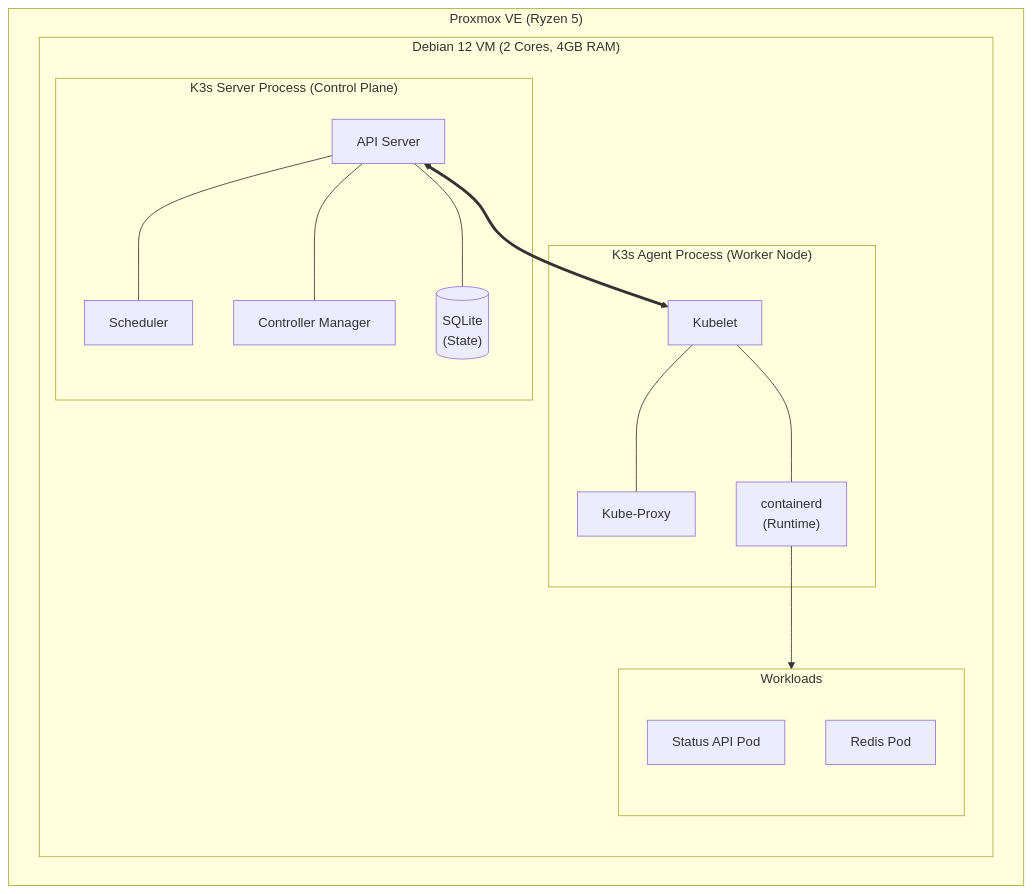
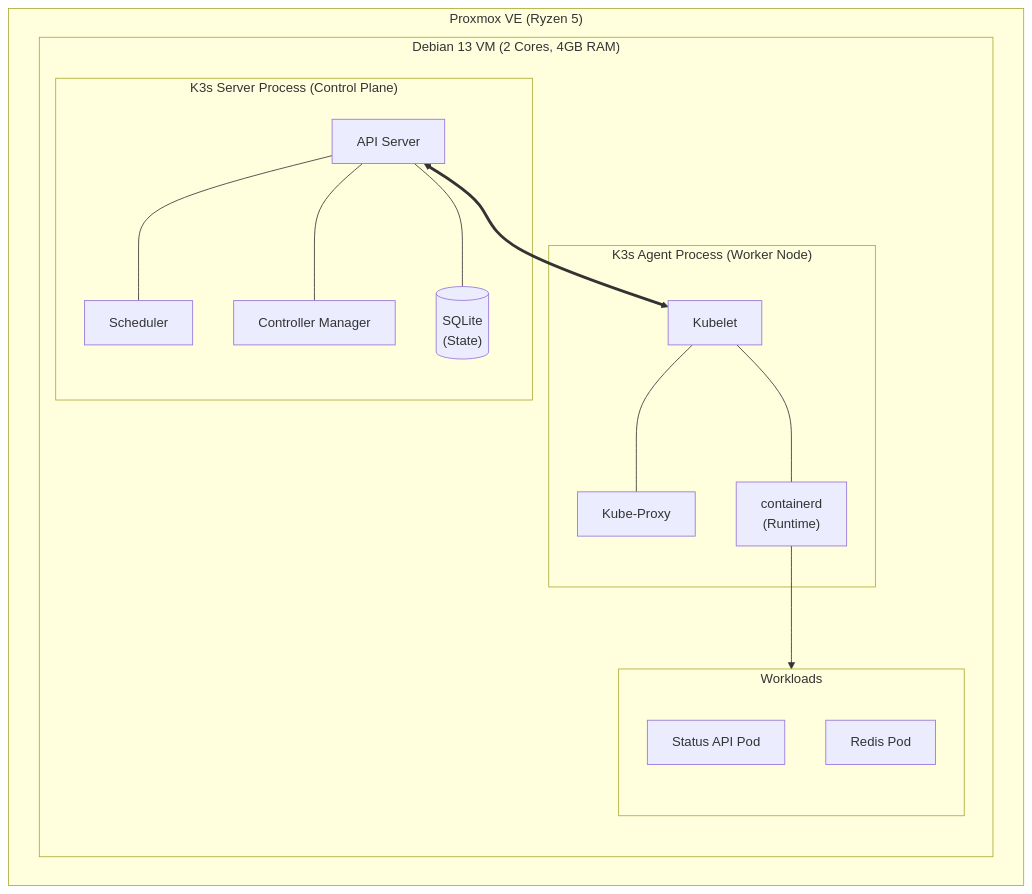
One commit to Upwind1647/infrastructure-lab changed the diagram in docs/phase5/k3s-architecture.md. Above: the diagram before and after it, drawn with Mermaid. The commit also changed 4 other files, not shown here.

Commit message:
docs: update diagrams and comments regarding AWS EKS & debian 13

````diff
--- a/docs/phase5/k3s-architecture.md
+++ b/docs/phase5/k3s-architecture.md
@@ -18,36 +18,36 @@
 ```mermaid
 graph TD
     subgraph Proxmox Host ["Proxmox VE (Ryzen 5)"]
-        subgraph K3s VM ["Debian 12 VM (2 Cores, 4GB RAM)"]
+        subgraph K3s VM ["Debian 13 VM (2 Cores, 4GB RAM)"]
 
             subgraph K3s Server ["K3s Server Process (Control Plane)"]
                 API["API Server"]
                 Sched["Scheduler"]
                 CM["Controller Manager"]
                 SQLite[("SQLite<br>(State)")]
 
                 API --- Sched
                 API --- CM
                 API --- SQLite
             end
 
             subgraph K3s Agent ["K3s Agent Process (Worker Node)"]
                 Kubelet["Kubelet"]
                 KubeProxy["Kube-Proxy"]
                 Containerd["containerd<br>(Runtime)"]
 
                 Kubelet --- KubeProxy
                 Kubelet --- Containerd
             end
 
             API <==> Kubelet
 
             subgraph Pods ["Workloads"]
                 App["Status API Pod"]
                 Redis["Redis Pod"]
             end
 
             Containerd --> Pods
         end
     end
 ```
````
